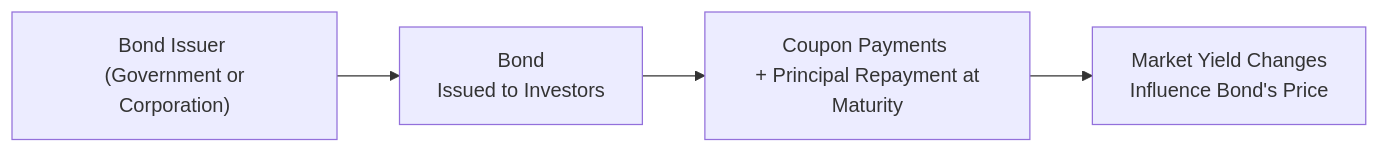
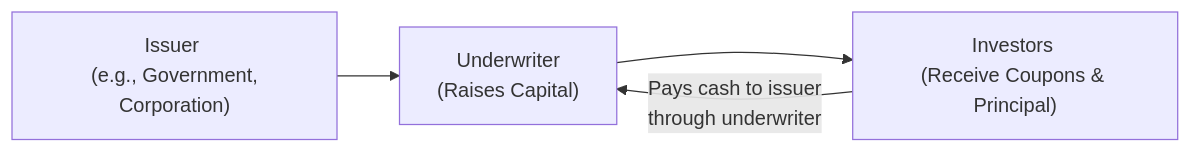
Before and after one commit to MasteryEducation/SecuritiesExamsMastery.ca: the diagram in content/ifc/7/2/index.md, drawn with Mermaid. The commit also changed other lines of this file and 130 other files, not shown here.

````diff
--- a/content/ifc/7/2/index.md
+++ b/content/ifc/7/2/index.md
@@ -96,6 +67,6 @@
 ```mermaid
 flowchart LR
-    A["Bond Issuer <br/> (Government or Corporation)"] --> B["Bond <br/> Issued to Investors"]
-    B --> C["Coupon Payments <br/> + Principal Repayment at Maturity"]
-    C --> D["Market Yield Changes <br/> Influence Bond's Price"]
+    A["Issuer <br/> (e.g., Government, Corporation)"] --> B["Underwriter <br/> (Raises Capital)"]
+    B --> C["Investors <br/>(Receive Coupons & Principal)"]
+    C -->|Pays cash to issuer<br/>through underwriter| B
 ```
````
